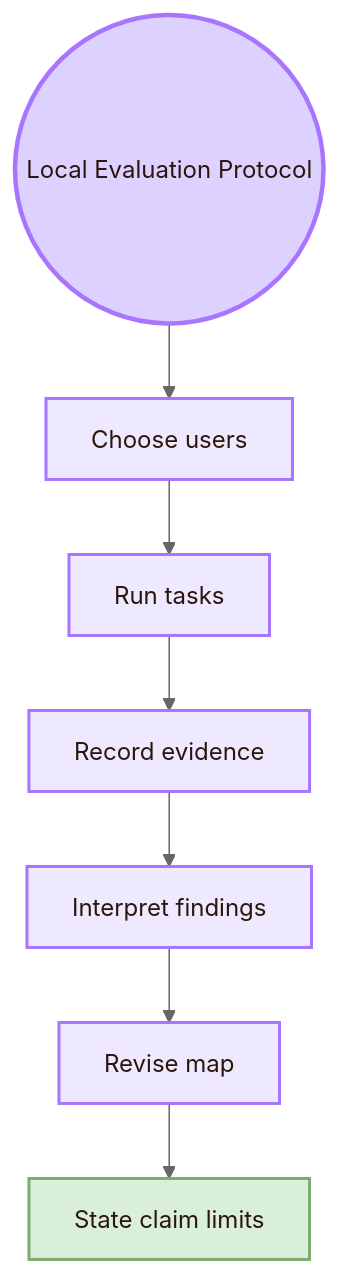
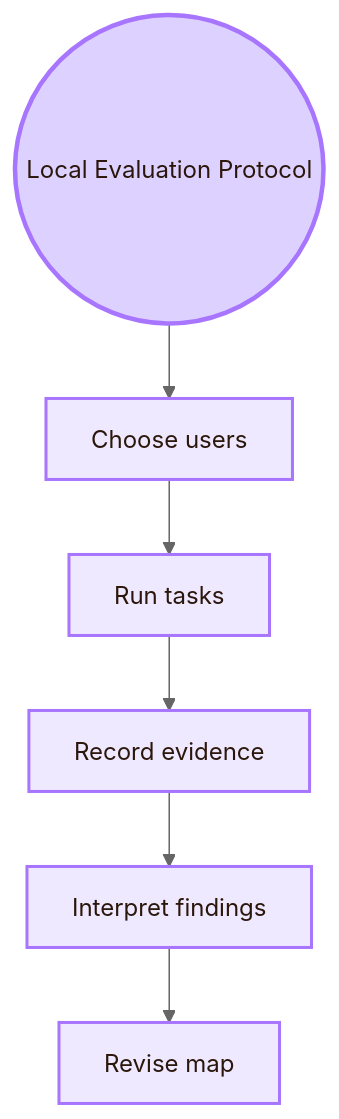
One commit to andreitegzes06-ui/CogniShire changed the third of 6 diagrams in 01_Core_Area_HCI/001_Subareas/03_Evaluating_the_Design/Local and Global.md. Above: the diagram before and after it, drawn with Mermaid (neutral theme). The commit also changed other lines of this file and 131 other files, not shown here.

````diff
--- a/01_Core_Area_HCI/001_Subareas/03_Evaluating_the_Design/Local and Global.md
+++ b/01_Core_Area_HCI/001_Subareas/03_Evaluating_the_Design/Local and Global.md
@@ -205,19 +200,18 @@
 ```mermaid
 flowchart TB
     A((Local Evaluation Protocol))
 
     A --> B[Choose users]
     B --> C[Run tasks]
     C --> D[Record evidence]
     D --> E[Interpret findings]
     E --> F[Revise map]
-    F --> G[State claim limits]
 
     classDef center fill:#ddd2ff,stroke:#a875ff,color:#2b160b,stroke-width:3px;
     classDef node fill:#eee9ff,stroke:#a875ff,color:#2b160b,stroke-width:2px;
     classDef final fill:#d9efd7,stroke:#7cab72,color:#2b160b,stroke-width:2px;
 
     class A center;
     class B,C,D,E,F node;
     class G final;
 ```
````
